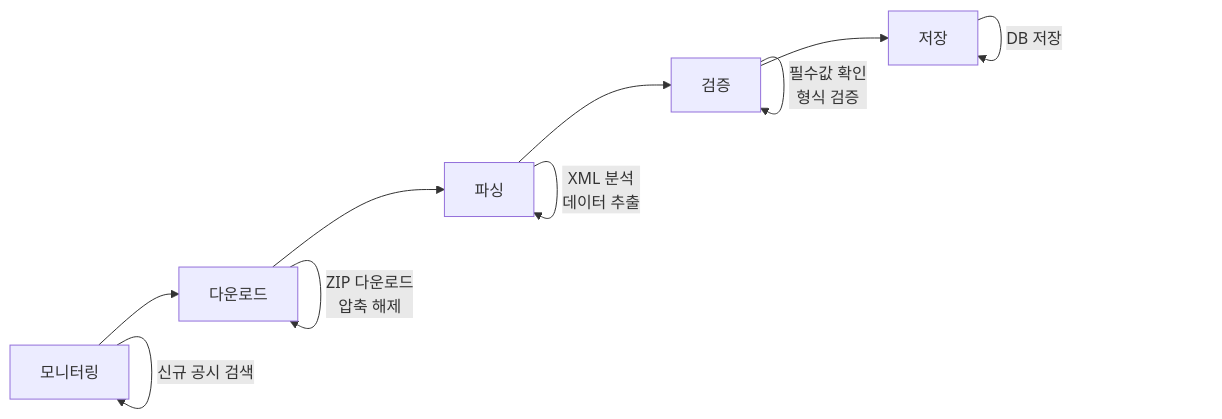
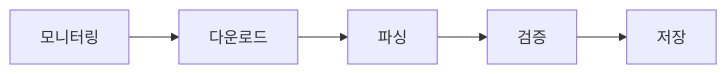
One commit to fntimes/docs changed the first of 4 diagrams in compass/data-extraction-process.md. Above: the diagram before and after it, drawn with Mermaid. The commit also changed other lines of this file, not shown here.

Commit message:
피드백 반영: 다이어그램 자기참조 제거, 오류 예시 구체화, 문체 통일

````diff
--- a/compass/data-extraction-process.md
+++ b/compass/data-extraction-process.md
@@ -38,13 +38,7 @@
 ```mermaid
 flowchart LR
     A[모니터링] --> B[다운로드]
     B --> C[파싱]
     C --> D[검증]
     D --> E[저장]
-
-    A -- "신규 공시 검색" --> A
-    B -- "ZIP 다운로드\n압축 해제" --> B
-    C -- "XML 분석\n데이터 추출" --> C
-    D -- "필수값 확인\n형식 검증" --> D
-    E -- "DB 저장" --> E
 ```
````
